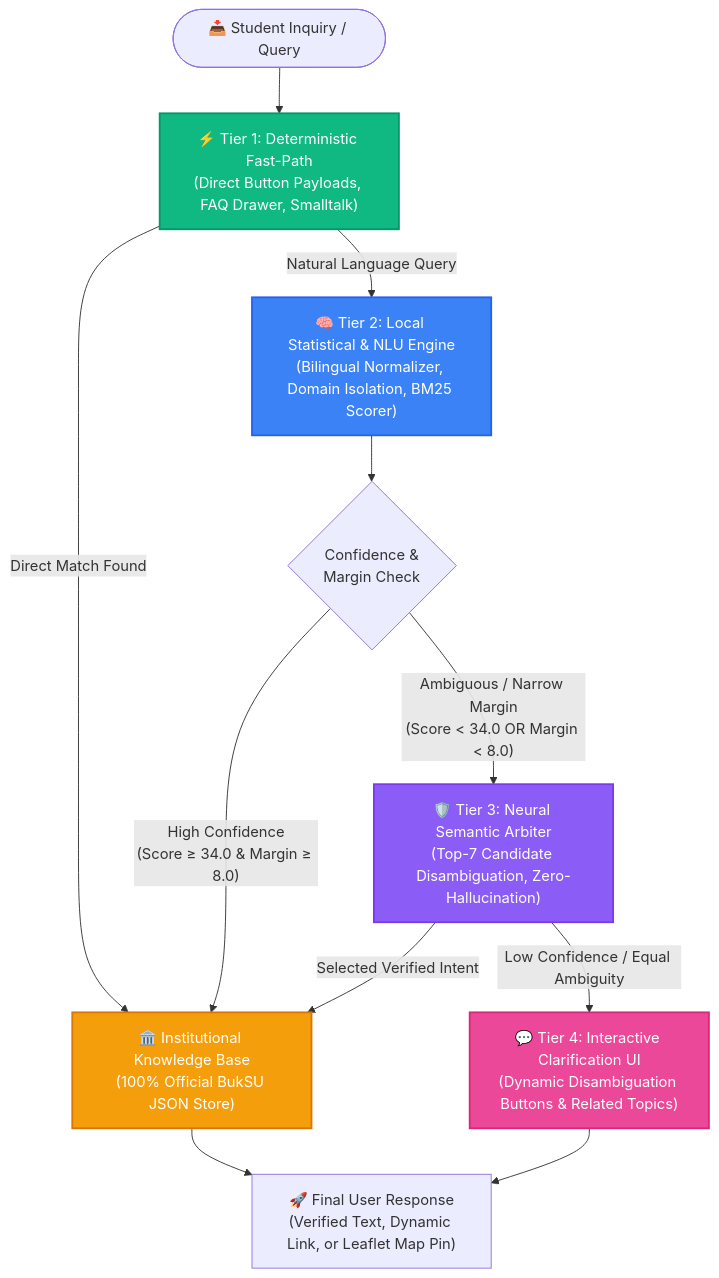
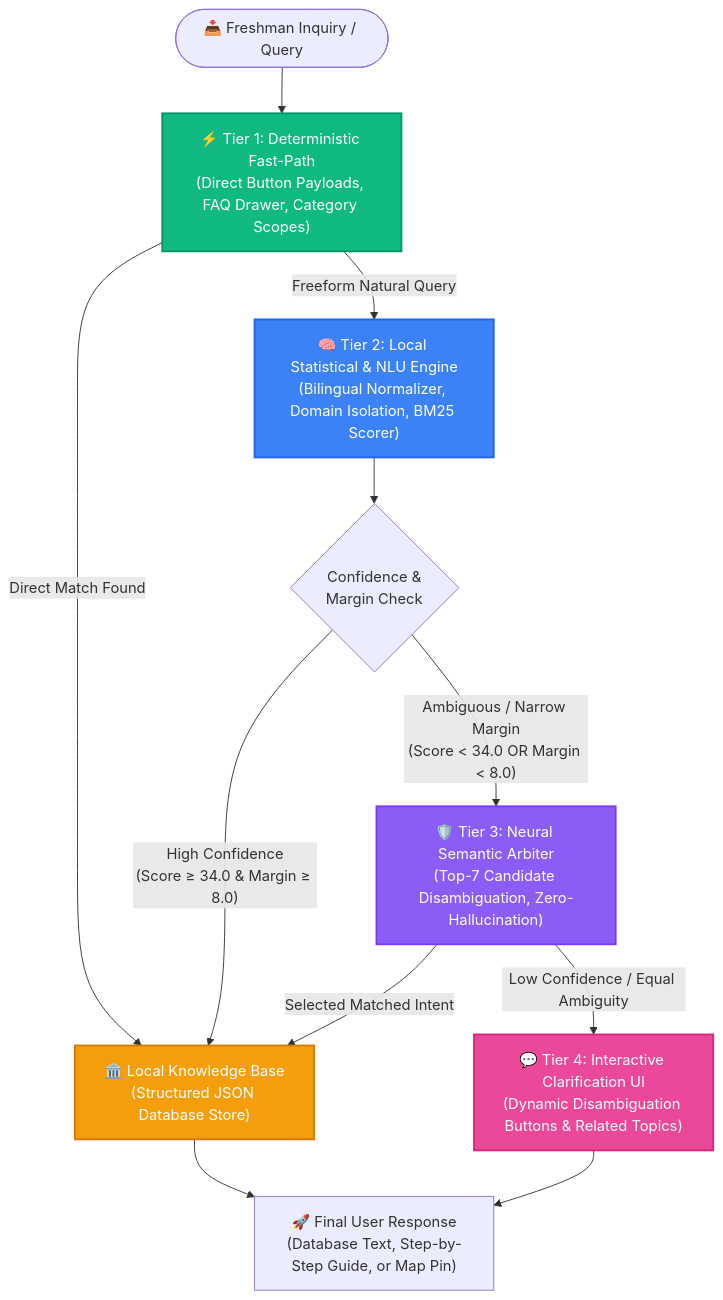
Before and after one commit to Jaimortal/BUKBOT-RASLM_3TIER: the diagram in README.md, drawn with Mermaid. The commit also changed other lines of this file, not shown here.

````diff
--- a/README.md
+++ b/README.md
@@ -47,30 +71,30 @@
 ```mermaid
 flowchart TD
-    Start(["📥 Student Inquiry / Query"]) --> T1["⚡ Tier 1: Deterministic Fast-Path\n(Direct Button Payloads, FAQ Drawer, Smalltalk)"]
+    Start(["📥 Freshman Inquiry / Query"]) --> T1["⚡ Tier 1: Deterministic Fast-Path\n(Direct Button Payloads, FAQ Drawer, Category Scopes)"]
     
-    T1 -- Direct Match Found --> DB["🏛️ Institutional Knowledge Base\n(100% Official BukSU JSON Store)"]
-    T1 -- Natural Language Query --> T2["🧠 Tier 2: Local Statistical & NLU Engine\n(Bilingual Normalizer, Domain Isolation, BM25 Scorer)"]
+    T1 -- Direct Match Found --> DB["🏛️ Local Knowledge Base\n(Structured JSON Database Store)"]
+    T1 -- Freeform Natural Query --> T2["🧠 Tier 2: Local Statistical & NLU Engine\n(Bilingual Normalizer, Domain Isolation, BM25 Scorer)"]
     
     T2 --> ConfCheck{"Confidence &\nMargin Check"}
     
     ConfCheck -- "High Confidence\n(Score ≥ 34.0 & Margin ≥ 8.0)" --> DB
     ConfCheck -- "Ambiguous / Narrow Margin\n(Score < 34.0 OR Margin < 8.0)" --> T3["🛡️ Tier 3: Neural Semantic Arbiter\n(Top-7 Candidate Disambiguation, Zero-Hallucination)"]
     
-    T3 -- "Selected Verified Intent" --> DB
+    T3 -- "Selected Matched Intent" --> DB
     T3 -- "Low Confidence / Equal Ambiguity" --> T4["💬 Tier 4: Interactive Clarification UI\n(Dynamic Disambiguation Buttons & Related Topics)"]
     
-    DB --> Render["🚀 Final User Response\n(Verified Text, Dynamic Link, or Leaflet Map Pin)"]
+    DB --> Render["🚀 Final User Response\n(Database Text, Step-by-Step Guide, or Map Pin)"]
     T4 --> Render
 
     classDef fastPath fill:#10B981,stroke:#059669,stroke-width:2px,color:#fff;
     classDef nluPath fill:#3B82F6,stroke:#2563EB,stroke-width:2px,color:#fff;
     classDef neuralPath fill:#8B5CF6,stroke:#7C3AED,stroke-width:2px,color:#fff;
     classDef storePath fill:#F59E0B,stroke:#D97706,stroke-width:2px,color:#fff;
     classDef uiPath fill:#EC4899,stroke:#DB2777,stroke-width:2px,color:#fff;
 
     class T1 fastPath;
     class T2 nluPath;
     class T3 neuralPath;
     class DB storePath;
     class T4 uiPath;
 ```
````
